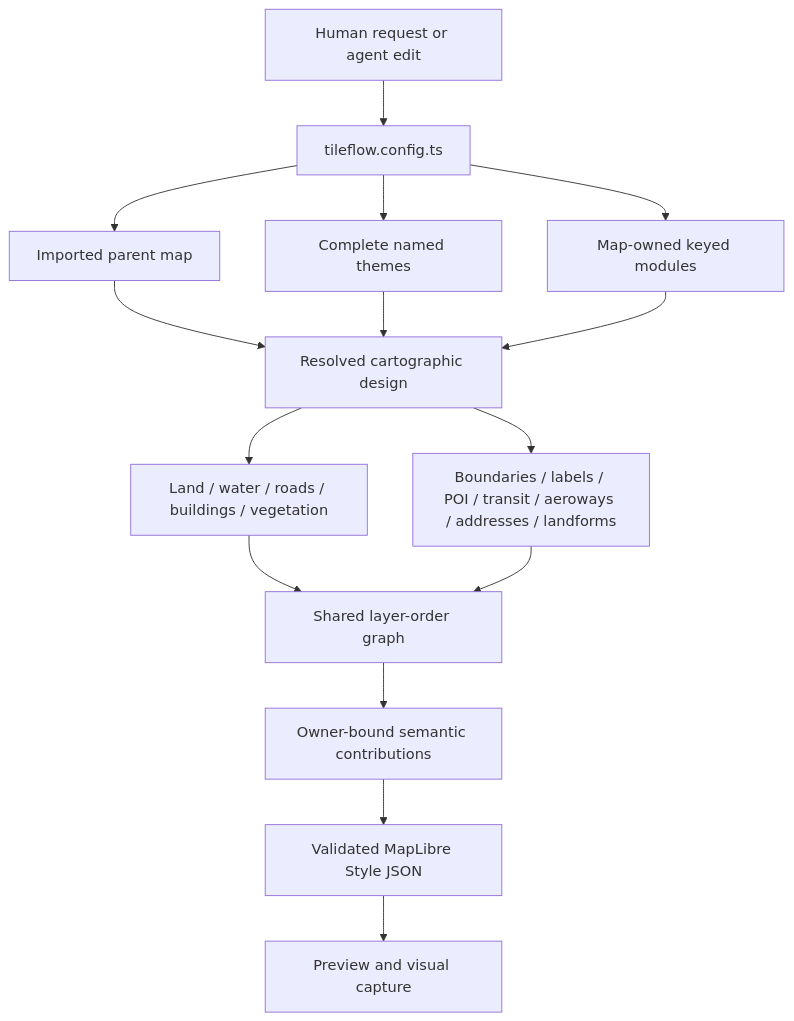
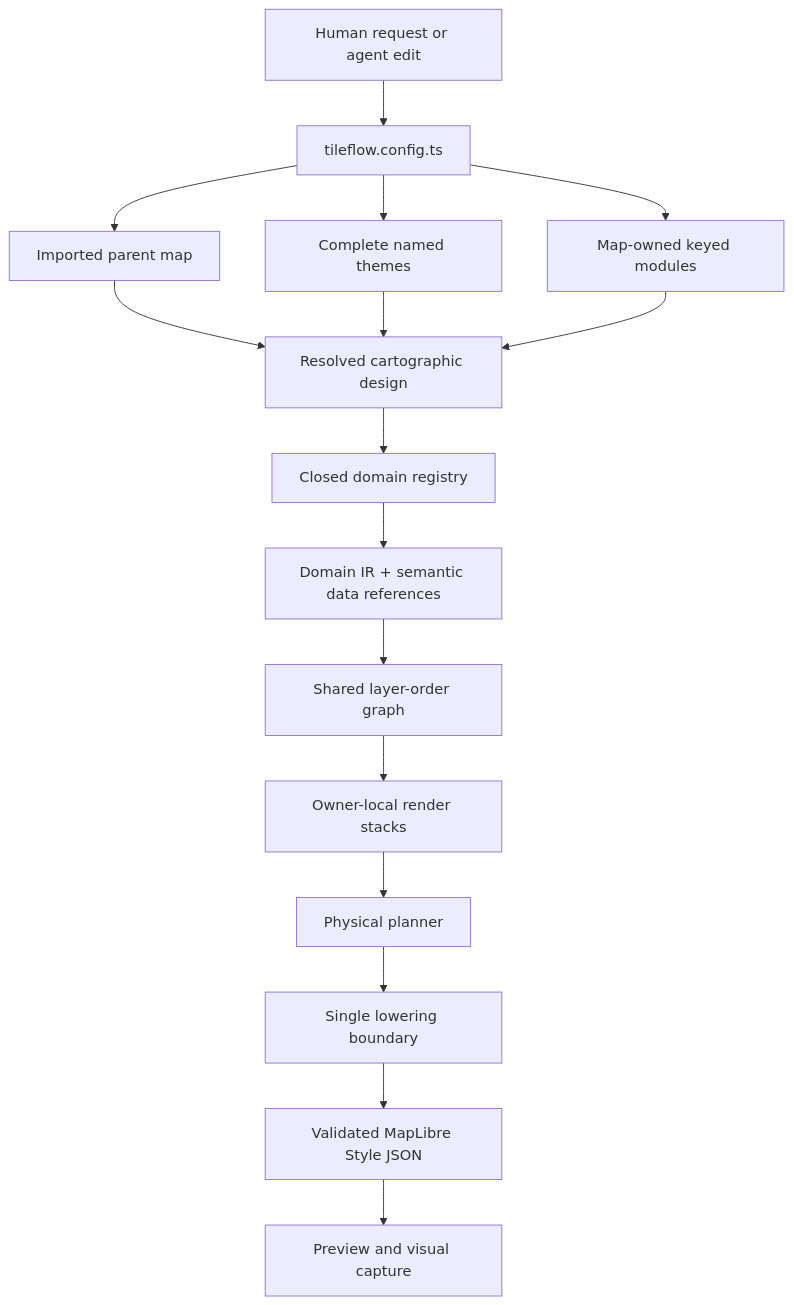
The diagram in docs/contracts/cartographic-authoring.md (tileflow/tileflow-sdk), drawn with Mermaid before and after one commit. The commit also changed other lines of this file and 211 other files, not shown here.

````diff
--- a/docs/contracts/cartographic-authoring.md
+++ b/docs/contracts/cartographic-authoring.md
@@ -21,17 +21,18 @@
 ```mermaid
 flowchart TD
   A["Human request or agent edit"] --> B["tileflow.config.ts"]
   B --> C["Imported parent map"]
   B --> D["Complete named themes"]
   B --> E["Map-owned keyed modules"]
   C --> F["Resolved cartographic design"]
   D --> F
   E --> F
-  F --> G["Land / water / roads / buildings / vegetation"]
-  F --> H["Boundaries / labels / POI / transit / aeroways / addresses / landforms"]
-  G --> I["Shared layer-order graph"]
-  H --> I
-  I --> J["Owner-bound semantic contributions"]
-  J --> K["Validated MapLibre Style JSON"]
-  K --> L["Preview and visual capture"]
+  F --> G["Closed domain registry"]
+  G --> H["Domain IR + semantic data references"]
+  H --> I["Shared layer-order graph"]
+  I --> J["Owner-local render stacks"]
+  J --> K["Physical planner"]
+  K --> L["Single lowering boundary"]
+  L --> M["Validated MapLibre Style JSON"]
+  M --> N["Preview and visual capture"]
 ```
````
